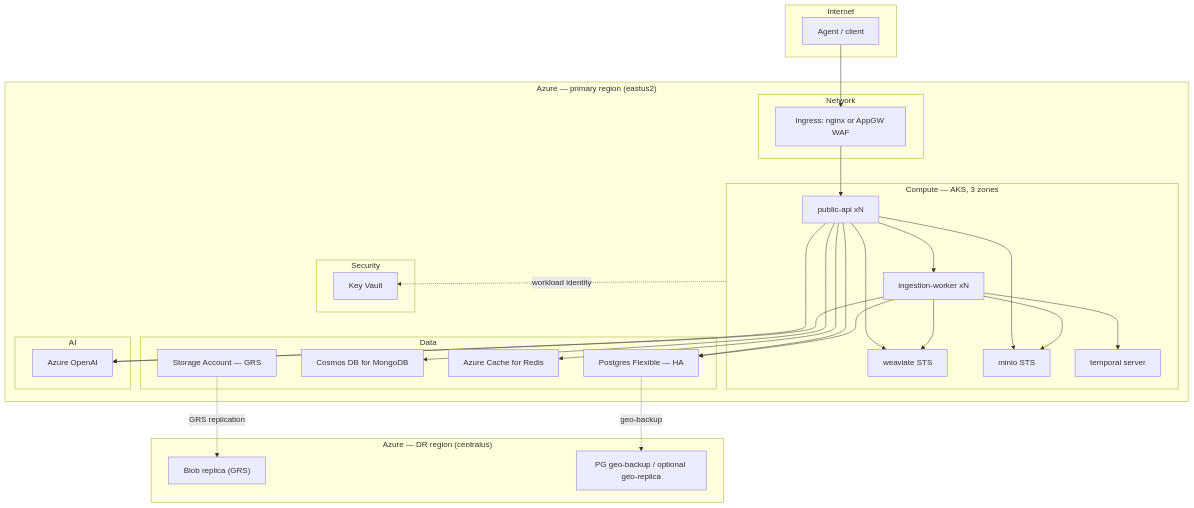
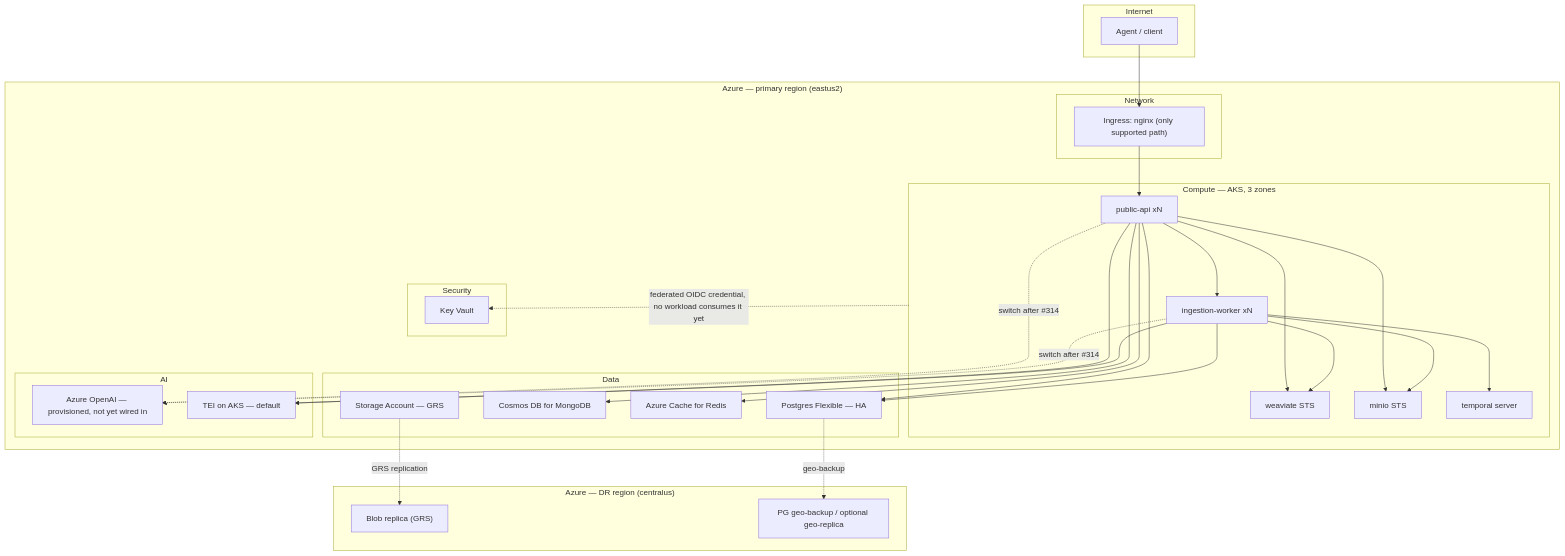
One commit to inherent-prime/inherent changed the first of 6 diagrams in docs/deploy/azure.md. Above: the diagram before and after it, drawn with Mermaid. The commit also changed other lines of this file and 8 other files, not shown here.

````diff
--- a/docs/deploy/azure.md
+++ b/docs/deploy/azure.md
@@ -14,53 +14,56 @@
 ```mermaid
 graph TB
     subgraph internet["Internet"]
         client["Agent / client"]
     end
 
     subgraph primary["Azure — primary region (eastus2)"]
         subgraph netl["Network"]
-            ing["Ingress: nginx or AppGW WAF"]
+            ing["Ingress: nginx (only supported path)"]
         end
         subgraph computel["Compute — AKS, 3 zones"]
             api["public-api xN"]
             worker["ingestion-worker xN"]
             weav["weaviate STS"]
             minio["minio STS"]
             temporal["temporal server"]
         end
         subgraph datal["Data"]
             pg["Postgres Flexible — HA"]
             cosmos["Cosmos DB for MongoDB"]
             redis["Azure Cache for Redis"]
             blob["Storage Account — GRS"]
         end
         subgraph secl["Security"]
             kv["Key Vault"]
         end
         subgraph ail["AI"]
-            aoai["Azure OpenAI"]
+            aoai["Azure OpenAI — provisioned, not yet wired in"]
+            tei["TEI on AKS — default"]
         end
     end
 
     subgraph dr["Azure — DR region (centralus)"]
         blobdr["Blob replica (GRS)"]
         pgbackup["PG geo-backup / optional geo-replica"]
     end
 
     client --> ing --> api
     api --> worker
     api --> pg
     api --> cosmos
     api --> redis
     api --> weav
     api --> minio
-    api --> aoai
+    api --> tei
     worker --> temporal
     worker --> pg
     worker --> weav
     worker --> minio
-    worker --> aoai
-    computel -.->|workload identity| kv
+    worker --> tei
+    api -.->|"switch after #314"| aoai
+    worker -.->|"switch after #314"| aoai
+    computel -.->|federated OIDC credential, no workload consumes it yet| kv
     blob -.->|GRS replication| blobdr
     pg -.->|geo-backup| pgbackup
 ```
````
